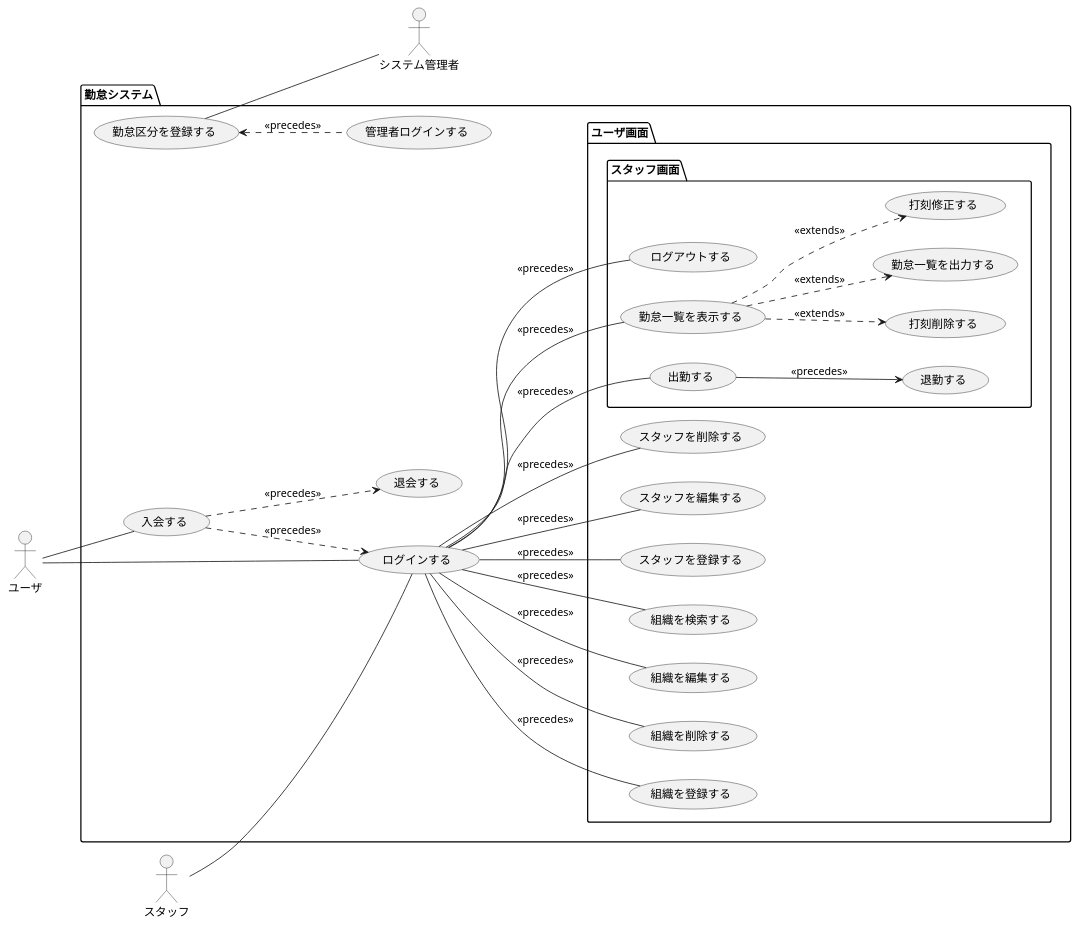
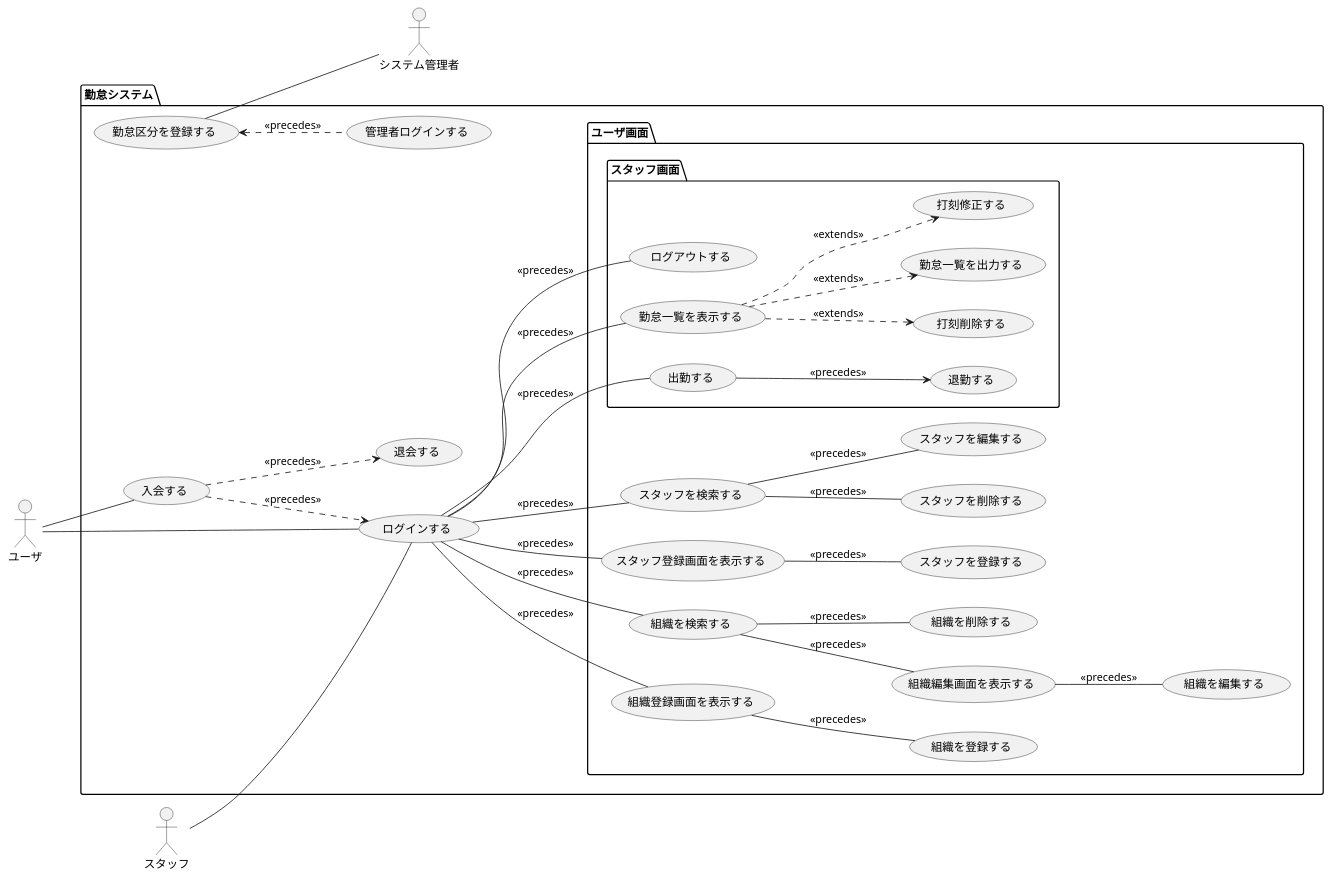
The diagram in uml/基本設計/ユースケース図.puml (Nke0628/work-app), drawn with PlantUML before and after one commit. The commit also changed 1 other file, not shown here.

```diff
--- a/uml/基本設計/ユースケース図.puml
+++ b/uml/基本設計/ユースケース図.puml
@@ -1,40 +1,48 @@
 @startuml
 left to right direction
 
 actor :ユーザ: as user
 actor :スタッフ: as staff
 actor :システム管理者: as system
 
 package "勤怠システム"{
 
     (入会する) as singUp
 
     (singUp)-.>(退会する):<<precedes>>
     (singUp)-.>(ログインする):<<precedes>>
     (勤怠区分を登録する)<.-(管理者ログインする):<<precedes>>
     user--(singUp)
     user--(ログインする)
     staff--(ログインする)
     (勤怠区分を登録する)--system
 
     package "ユーザ画面"{
-        (ログインする)--(組織を登録する):<<precedes>>
-        (ログインする)--(組織を削除する):<<precedes>>
-        (ログインする)--(組織を編集する):<<precedes>>
+
+        '---組織---
+        (ログインする)--(組織登録画面を表示する):<<precedes>>
+        (組織登録画面を表示する)--(組織を登録する):<<precedes>>
         (ログインする)--(組織を検索する):<<precedes>>
-        (ログインする)--(スタッフを登録する):<<precedes>>
-        (ログインする)--(スタッフを編集する):<<precedes>>
-        (ログインする)--(スタッフを削除する):<<precedes>>
+        (組織を検索する)--(組織編集画面を表示する):<<precedes>>
+        (組織編集画面を表示する)--(組織を編集する):<<precedes>>
+        (組織を検索する)--(組織を削除する):<<precedes>>
+
+        '---スタッフ---
+        (ログインする)--(スタッフ登録画面を表示する):<<precedes>>
+        (スタッフ登録画面を表示する)--(スタッフを登録する):<<precedes>>
+        (ログインする)--(スタッフを検索する):<<precedes>>
+        (スタッフを検索する)--(スタッフを編集する):<<precedes>>
+        (スタッフを検索する)--(スタッフを削除する):<<precedes>>
 
         package "スタッフ画面"{
             (出勤する)-->(退勤する):<<precedes>>
             (勤怠一覧を表示する)-.>(打刻修正する):<<extends>>
             (勤怠一覧を表示する)-.>(打刻削除する):<<extends>>
             (勤怠一覧を表示する)-.>(勤怠一覧を出力する):<<extends>>
             (ログインする)--(出勤する):<<precedes>>
             (ログインする)--(勤怠一覧を表示する):<<precedes>>
             (ログインする)--(ログアウトする):<<precedes>>
         }
     }
 }
 @enduml
```
